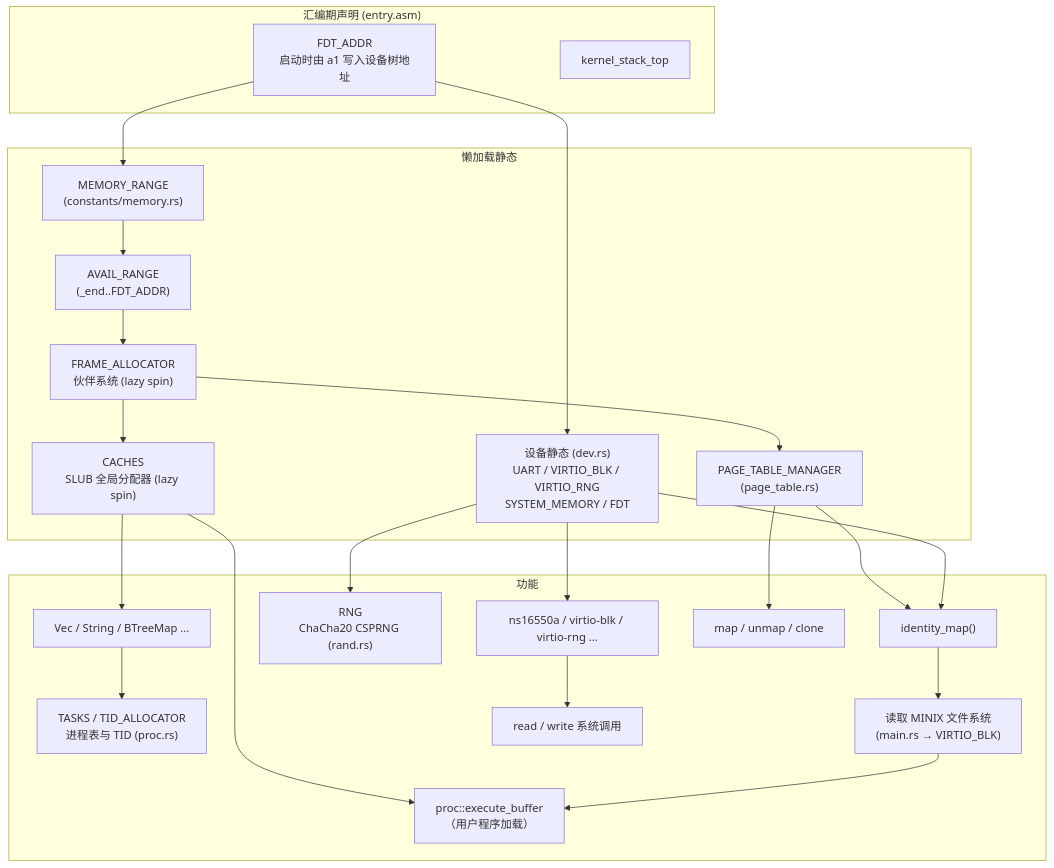
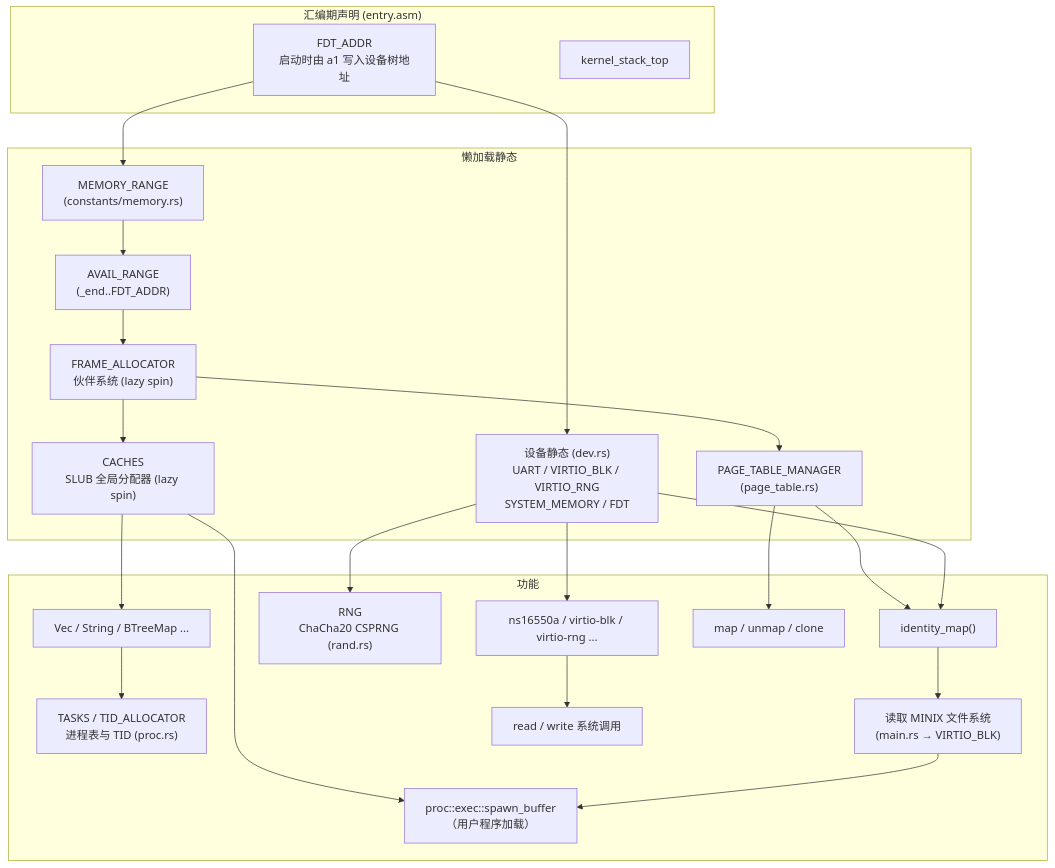
The diagram in README.md (NetSalmon/athera), drawn with Mermaid before and after one commit. The commit also changed other lines of this file and 33 other files, not shown here.

````diff
--- a/README.md
+++ b/README.md
@@ -192,30 +202,30 @@
 ```mermaid
 graph TD
     subgraph 汇编期声明["汇编期声明 (entry.asm)"]
         fdt_addr["FDT_ADDR<br/>启动时由 a1 写入设备树地址"]
         kernel_stack["kernel_stack_top"]
     end
 
     subgraph 懒加载静态
         fdt_addr --> memory_range["MEMORY_RANGE<br/>(constants/memory.rs)"]
         fdt_addr --> dev["设备静态 (dev.rs)<br/>UART / VIRTIO_BLK / VIRTIO_RNG<br/>SYSTEM_MEMORY / FDT"]
         memory_range --> avail_range["AVAIL_RANGE<br/>(_end..FDT_ADDR)"]
         avail_range --> frame_allocator["FRAME_ALLOCATOR<br/>伙伴系统 (lazy spin)"]
         frame_allocator --> page_table_mgr["PAGE_TABLE_MANAGER<br/>(page_table.rs)"]
         frame_allocator --> caches["CACHES<br/>SLUB 全局分配器 (lazy spin)"]
     end
 
     subgraph 功能
         caches --> alloc_structs["Vec / String / BTreeMap ..."]
         alloc_structs --> tasks["TASKS / TID_ALLOCATOR<br/>进程表与 TID (proc.rs)"]
         dev --> device["ns16550a / virtio-blk / virtio-rng ..."]
         dev --> rng["RNG<br/>ChaCha20 CSPRNG (rand.rs)"]
         page_table_mgr --> identity_map["identity_map()"]
         dev --> identity_map
         identity_map --> minix_fs["读取 MINIX 文件系统<br/>(main.rs → VIRTIO_BLK)"]
         page_table_mgr --> map["map / unmap / clone"]
-        caches --> exec["proc::execute_buffer<br/>（用户程序加载）"]
+        caches --> exec["proc::exec::spawn_buffer<br/>（用户程序加载）"]
         minix_fs --> exec
         device --> syscall["read / write 系统调用"]
     end
 ```
````
